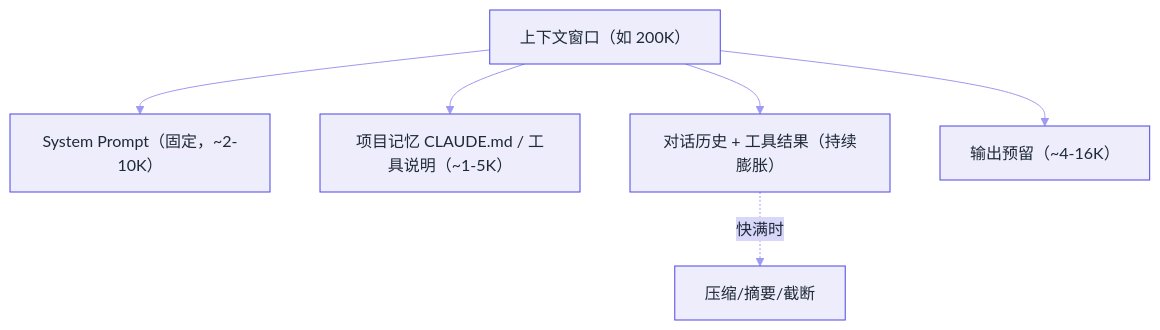
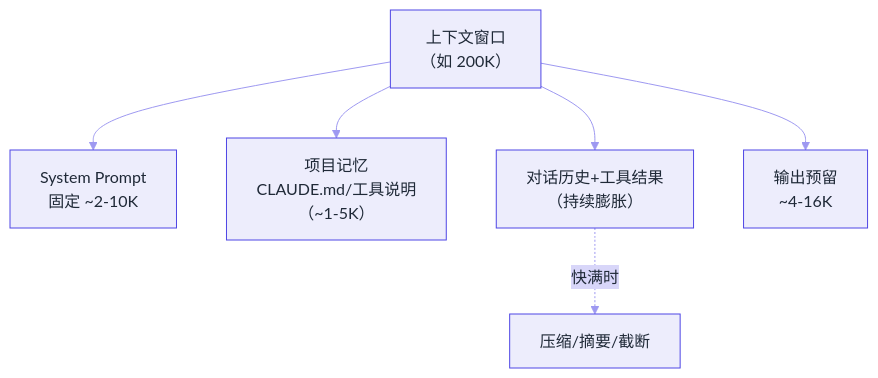
One commit to funny8kids/ai-agent-handbook changed the diagram in docs/03-llm/token-embedding-context.md. Above: the diagram before and after it, drawn with Mermaid. The commit also changed 39 other files, not shown here.

First line of the commit message:
Round 15: re-measure all diagrams on GitBook's real mermaid version (11.14.0)

````diff
--- a/docs/03-llm/token-embedding-context.md
+++ b/docs/03-llm/token-embedding-context.md
@@ -87,9 +87,9 @@
 ```mermaid
 %%{init: {"theme":"base","themeVariables":{"primaryColor":"#EDEDFC","primaryBorderColor":"#4F46E5","primaryTextColor":"#1F2937","secondaryColor":"#D8D6F9","tertiaryColor":"#F8F8FE","lineColor":"#9E99F1","actorBkg":"#F1F0FD","actorBorder":"#4F46E5","actorTextColor":"#1F2937","signalColor":"#847EED","noteBkgColor":"#DFDEFA","noteBorderColor":"#4F46E5","noteTextColor":"#1F2937","labelBoxBkgColor":"#EDEDFC","labelBoxBorderColor":"#4F46E5"}}}%%
 flowchart TB
-  W["上下文窗口（如 200K）"] --> A["System Prompt（固定，~2-10K）"]
-  W --> B["项目记忆 CLAUDE.md / 工具说明（~1-5K）"]
-  W --> C["对话历史 + 工具结果（持续膨胀）"]
-  W --> D["输出预留（~4-16K）"]
+  W["上下文窗口<br/>（如 200K）"] --> A["System Prompt<br/>固定 ~2-10K"]
+  W --> B["项目记忆<br/>CLAUDE.md/工具说明<br/>（~1-5K）"]
+  W --> C["对话历史+工具结果<br/>（持续膨胀）"]
+  W --> D["输出预留<br/>~4-16K"]
   C -.快满时.-> E["压缩/摘要/截断"]
 ```
````
